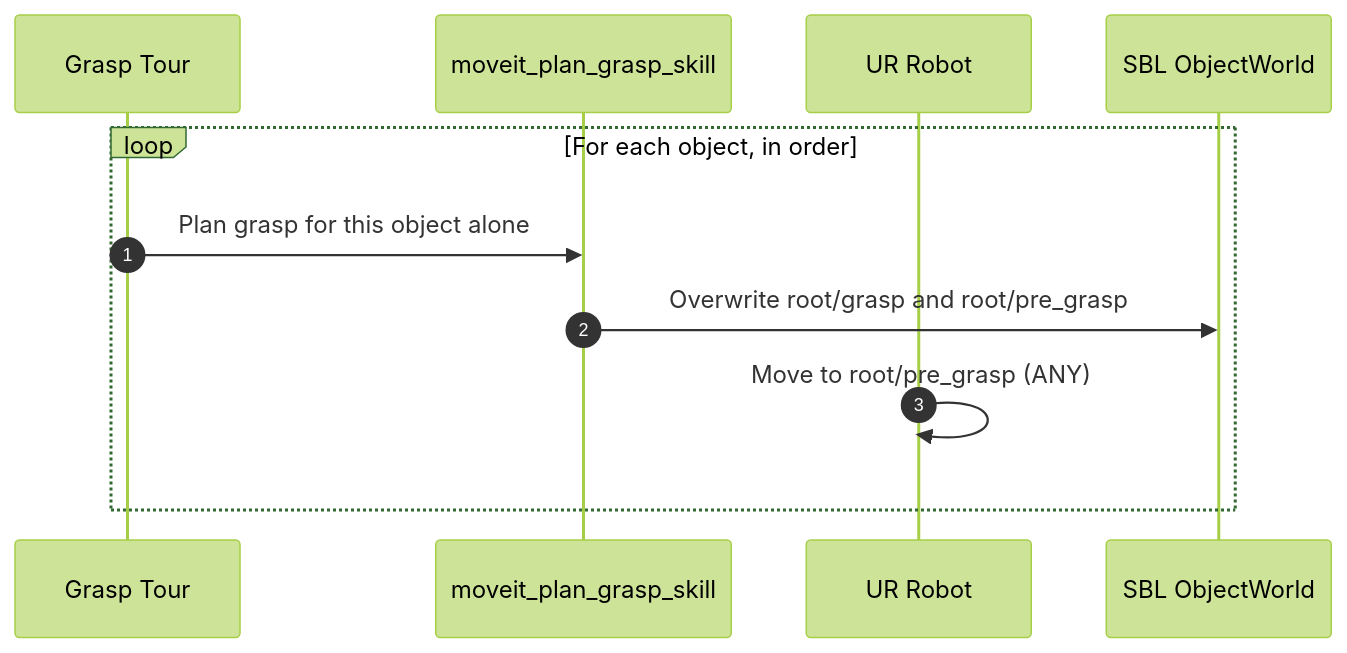
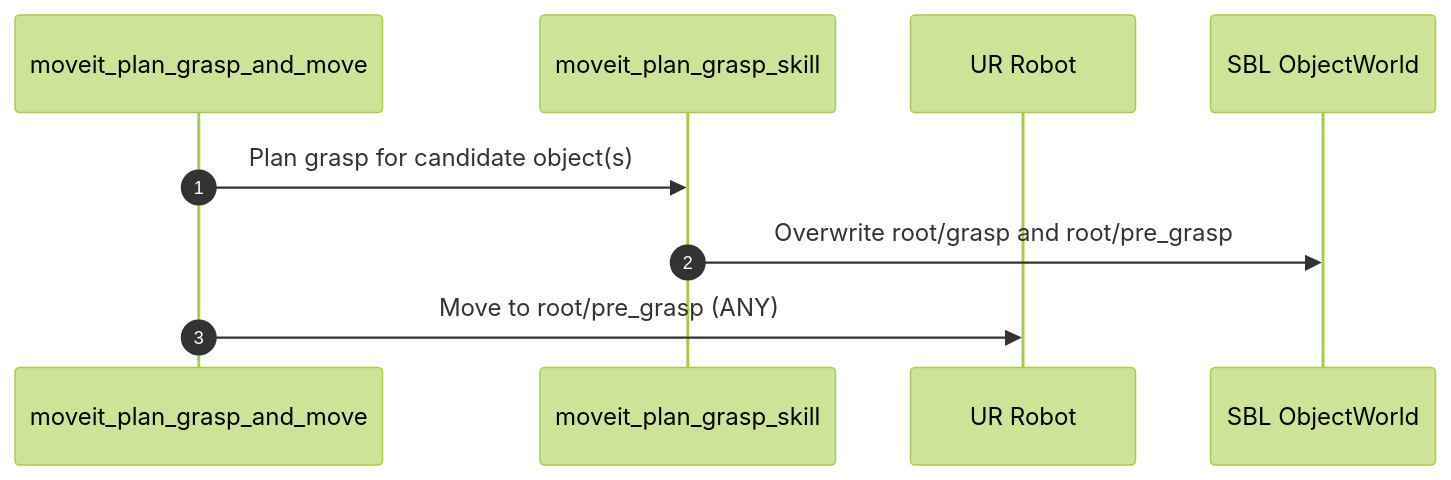
One commit to intrinsic-ai/intrinsic-omts changed the third of 3 diagrams in docs/ARCHITECTURE.md. Above: the diagram before and after it, drawn with Mermaid (forest theme). The commit also changed other lines of this file and 19 other files, not shown here.

Commit message:
only use moveit_plan_grasp_and_move

````diff
--- a/docs/ARCHITECTURE.md
+++ b/docs/ARCHITECTURE.md
@@ -155,14 +155,12 @@
 ```mermaid
 sequenceDiagram
     autonumber
-    participant Tour as Grasp Tour
+    participant CLI as moveit_plan_grasp_and_move
     participant Skill as moveit_plan_grasp_skill
     participant Robot as UR Robot
     participant World as SBL ObjectWorld
 
-    loop For each object, in order
-        Tour->>Skill: Plan grasp for this object alone
-        Skill->>World: Overwrite root/grasp and root/pre_grasp
-        Robot->>Robot: Move to root/pre_grasp (ANY)
-    end
+    CLI->>Skill: Plan grasp for candidate object(s)
+    Skill->>World: Overwrite root/grasp and root/pre_grasp
+    CLI->>Robot: Move to root/pre_grasp (ANY)
 ```
````
